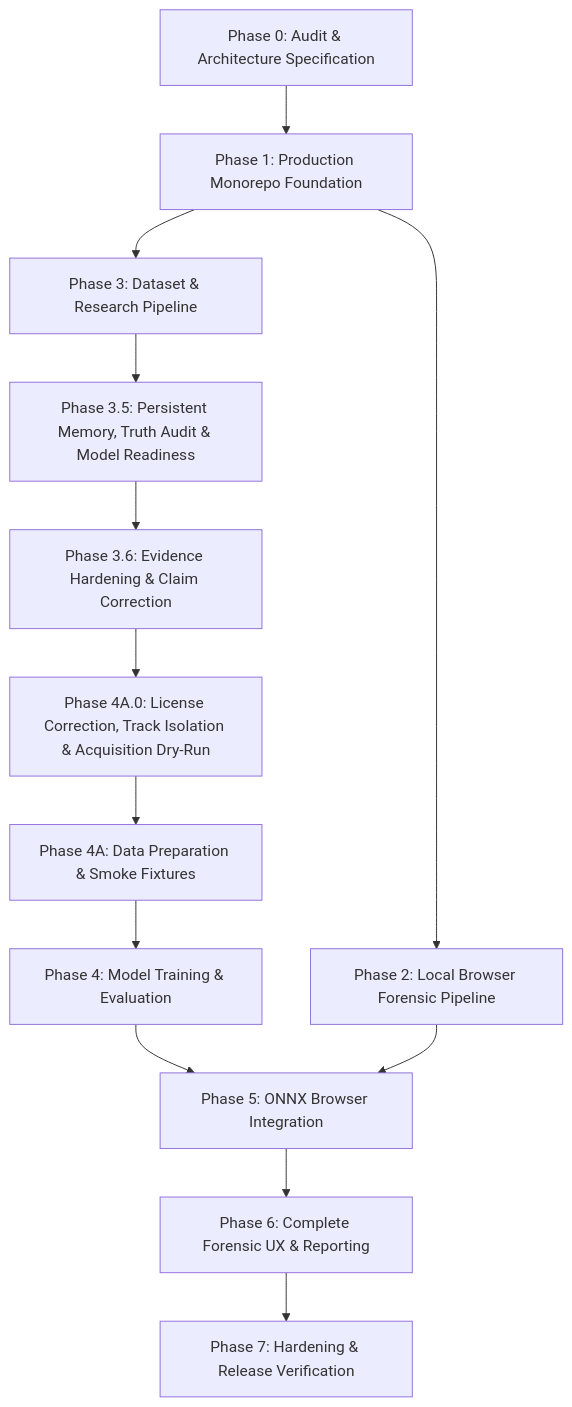
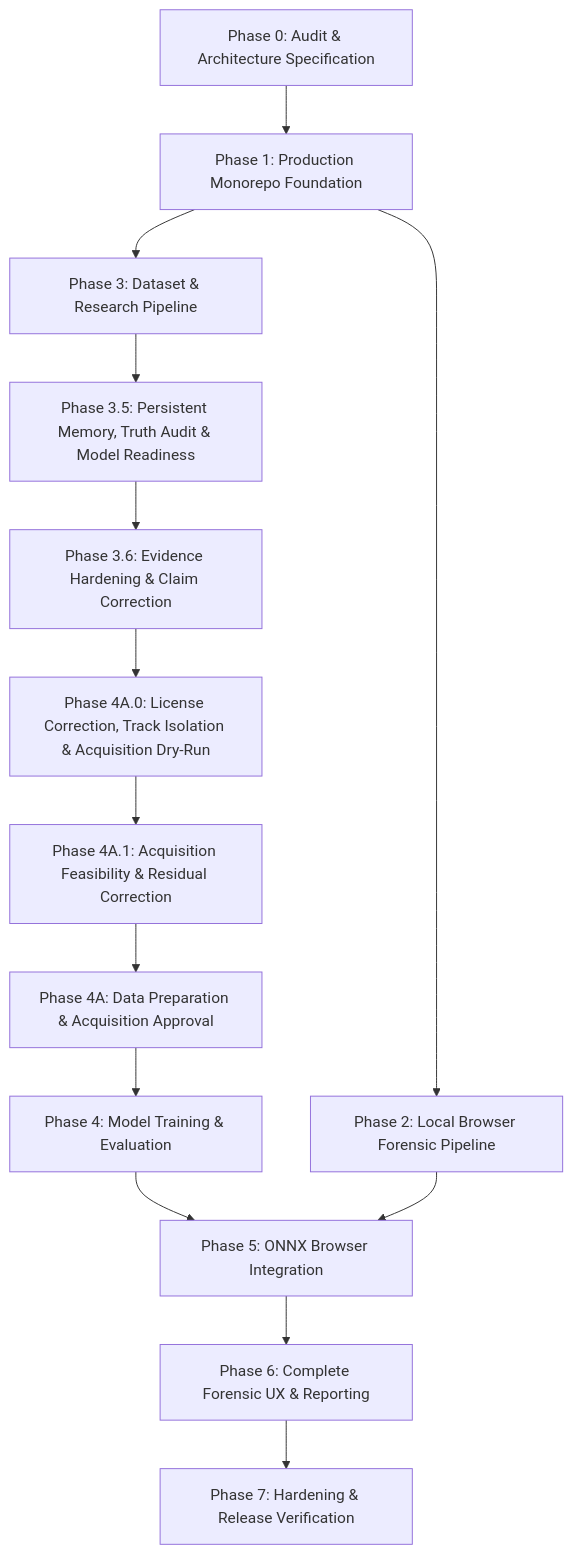
Before and after one commit to nomozer/forensics-web-lab: the diagram in docs/BACKLOG.md, drawn with Mermaid. The commit also changed other lines of this file and 13 other files, not shown here.

````diff
--- a/docs/BACKLOG.md
+++ b/docs/BACKLOG.md
@@ -5,15 +5,16 @@
 ```mermaid
 graph TD
   P0[Phase 0: Audit & Architecture Specification] --> P1[Phase 1: Production Monorepo Foundation]
   P1 --> P2[Phase 2: Local Browser Forensic Pipeline]
   P1 --> P3[Phase 3: Dataset & Research Pipeline]
   P3 --> P35[Phase 3.5: Persistent Memory, Truth Audit & Model Readiness]
   P35 --> P36[Phase 3.6: Evidence Hardening & Claim Correction]
   P36 --> P4A0[Phase 4A.0: License Correction, Track Isolation & Acquisition Dry-Run]
-  P4A0 --> P4A[Phase 4A: Data Preparation & Smoke Fixtures]
+  P4A0 --> P4A1[Phase 4A.1: Acquisition Feasibility & Residual Correction]
+  P4A1 --> P4A[Phase 4A: Data Preparation & Acquisition Approval]
   P4A --> P4[Phase 4: Model Training & Evaluation]
   P4 --> P5[Phase 5: ONNX Browser Integration]
   P2 --> P5
   P5 --> P6[Phase 6: Complete Forensic UX & Reporting]
   P6 --> P7[Phase 7: Hardening & Release Verification]
 ```
````
